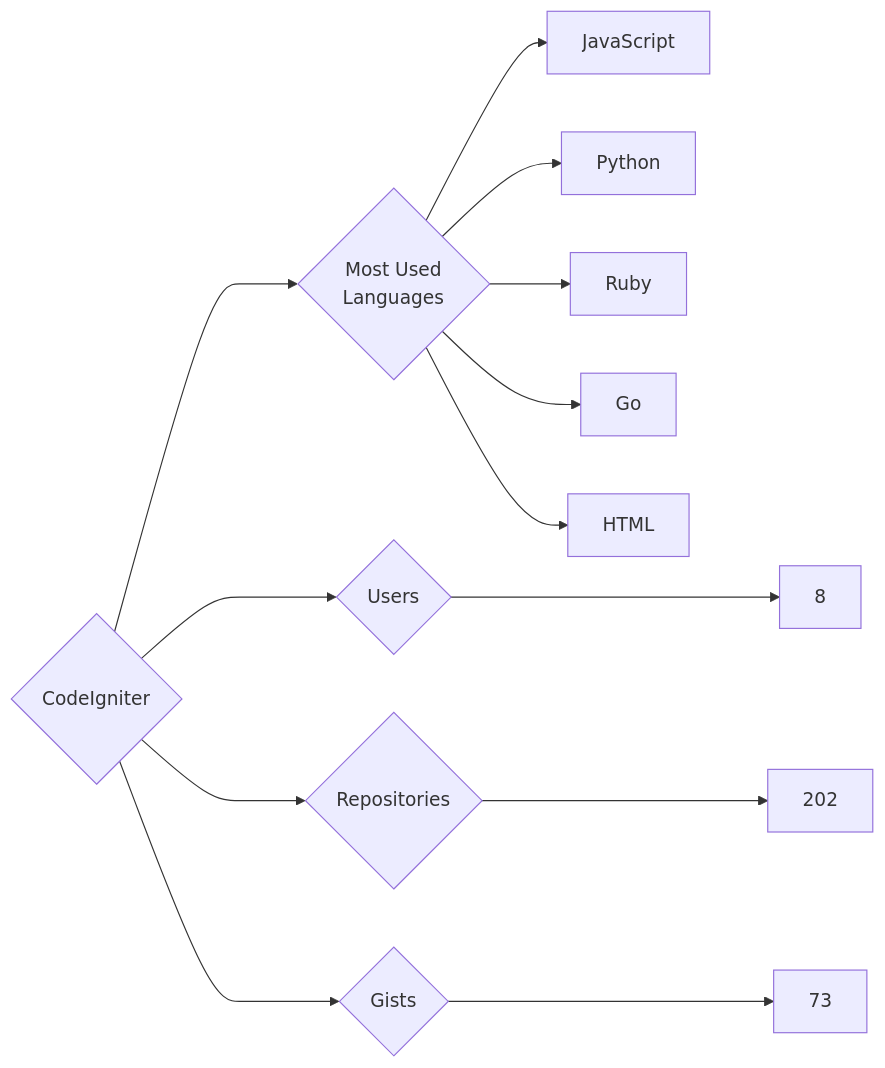
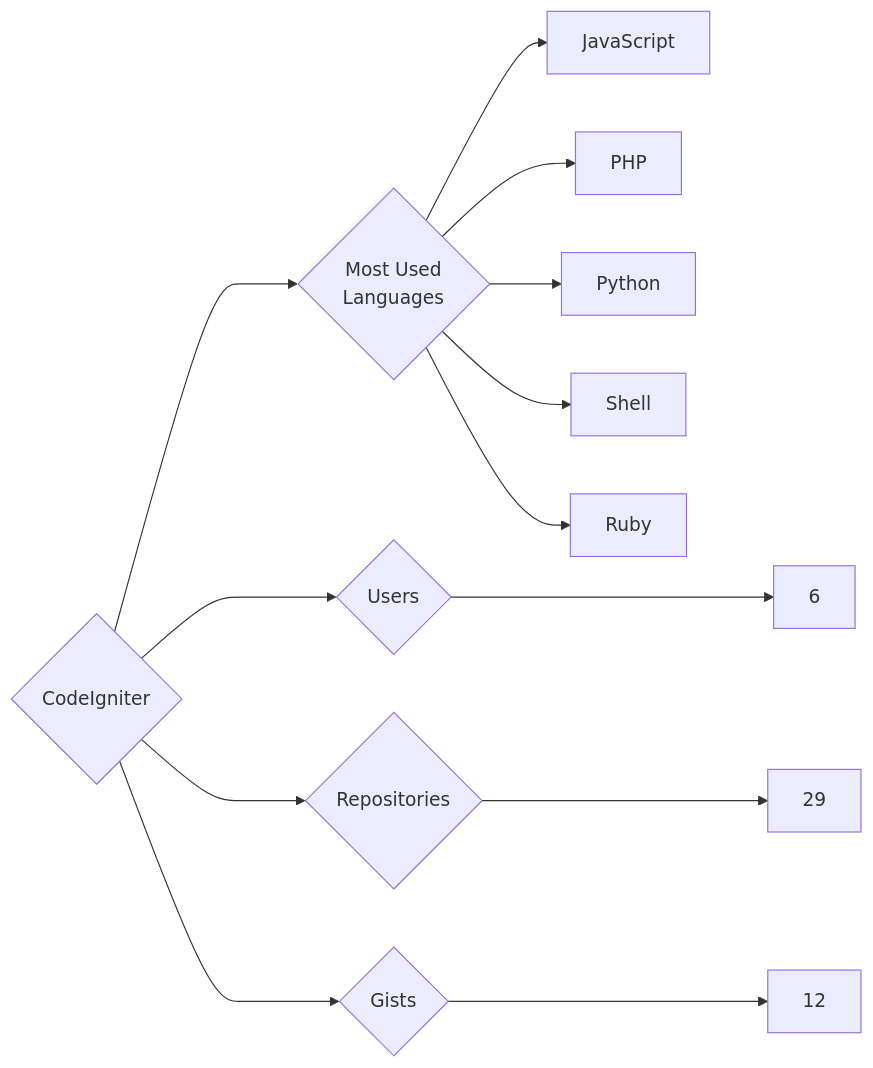
One commit to trickest/insiders changed the diagram in targets/CodeIgniter/README.md. Above: the diagram before and after it, drawn with Mermaid. The commit also changed 1084 other files, not shown here.

````diff
--- a/targets/CodeIgniter/README.md
+++ b/targets/CodeIgniter/README.md
@@ -3,13 +3,13 @@
 ```mermaid
 graph LR
 COMPANY_NAME{CodeIgniter}
-COMPANY_NAME ---> U{Users} ---> UN[8]
-COMPANY_NAME ---> R{Repositories} ---> RN[202]
-COMPANY_NAME ---> G{Gists} ---> GN[73]
+COMPANY_NAME ---> U{Users} ---> UN[6]
+COMPANY_NAME ---> R{Repositories} ---> RN[29]
+COMPANY_NAME ---> G{Gists} ---> GN[12]
 COMPANY_NAME ---> ML{Most Used<br>Languages}
 ML --> JavaScript[JavaScript]
+ML --> PHP[PHP]
 ML --> Python[Python]
+ML --> Shell[Shell]
 ML --> Ruby[Ruby]
-ML --> Go[Go]
-ML --> HTML[HTML]
 ```
````
